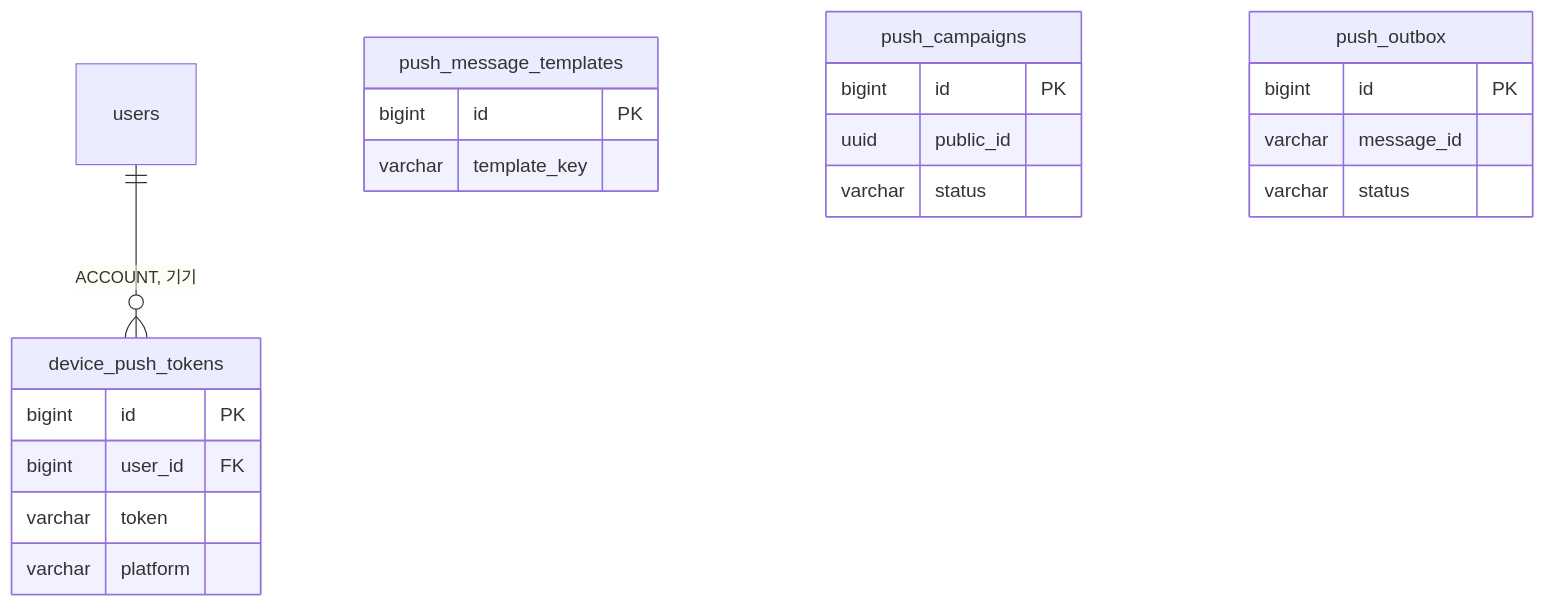
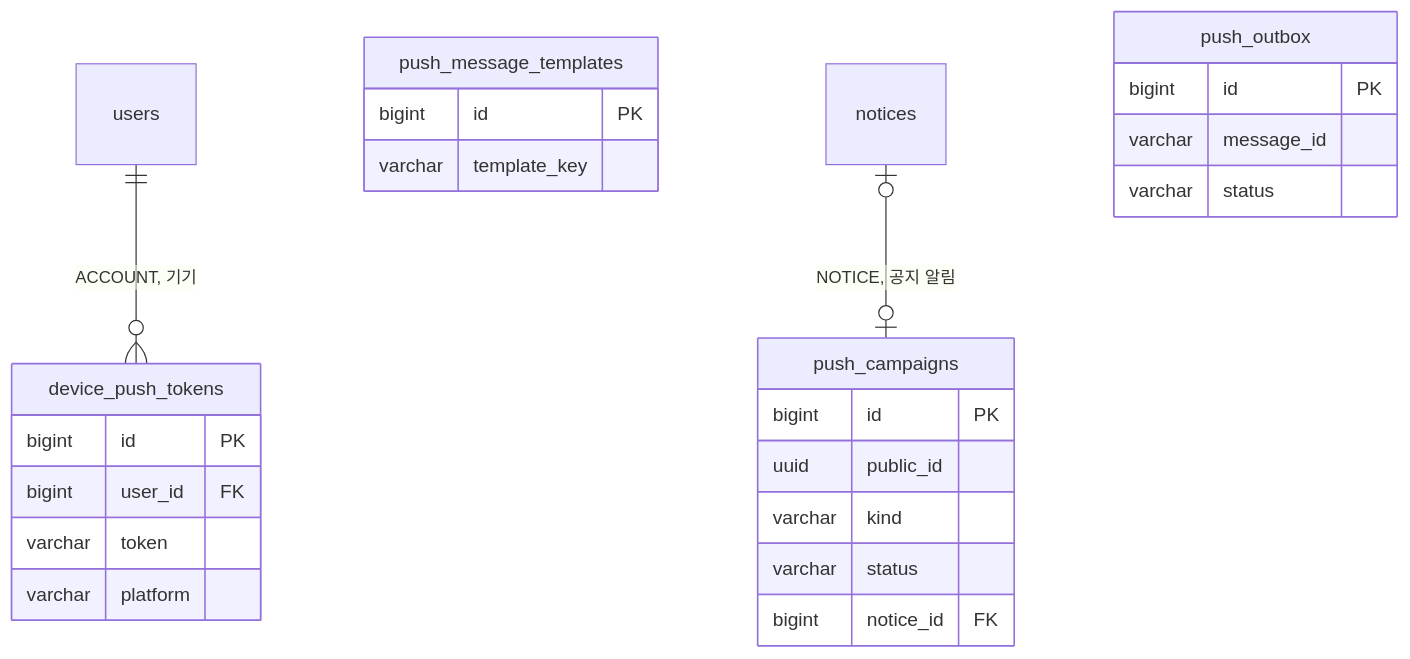
Before and after one commit to KIM-N-KANG/knk-harness: the diagram in docs/domain/NOTIFICATION/BACKEND/3-2-DB-SCHEMA.md, drawn with Mermaid. The commit also changed other lines of this file and 90 other files, not shown here.

````diff
--- a/docs/domain/NOTIFICATION/BACKEND/3-2-DB-SCHEMA.md
+++ b/docs/domain/NOTIFICATION/BACKEND/3-2-DB-SCHEMA.md
@@ -26,24 +26,27 @@
 ```mermaid
 erDiagram
     users ||--o{ device_push_tokens : "ACCOUNT, 기기"
     device_push_tokens {
         bigint id PK
         bigint user_id FK
         varchar token
         varchar platform
     }
     push_message_templates {
         bigint id PK
         varchar template_key
     }
+    notices |o--o| push_campaigns : "NOTICE, 공지 알림"
     push_campaigns {
         bigint id PK
         uuid public_id
+        varchar kind
         varchar status
+        bigint notice_id FK
     }
     push_outbox {
         bigint id PK
         varchar message_id
         varchar status
     }
 ```
````
